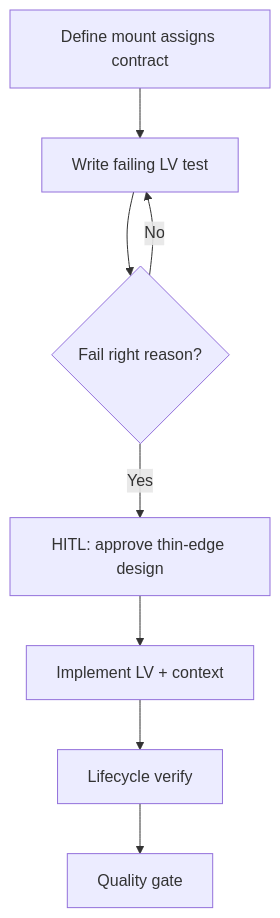
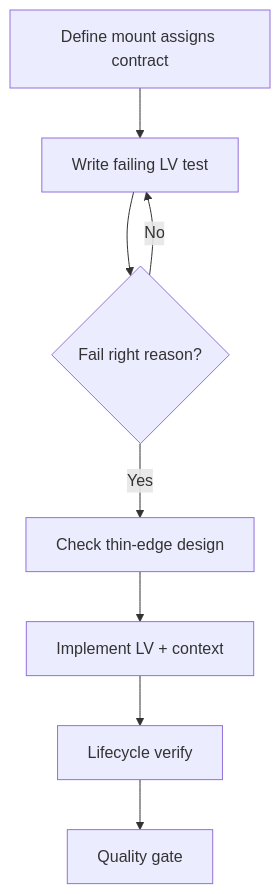
The diagram in skills/liveview/SKILL.md (igmarin/elixir-phoenix-skills), drawn with Mermaid before and after one commit. The commit also changed other lines of this file and 17 other files, not shown here.

````diff
--- a/skills/liveview/SKILL.md
+++ b/skills/liveview/SKILL.md
@@ -50,10 +50,10 @@
 ```mermaid
 flowchart TD
   A[Define mount assigns contract] --> B[Write failing LV test]
   B --> C{Fail right reason?}
   C -->|No| B
-  C -->|Yes| D[HITL: approve thin-edge design]
+  C -->|Yes| D[Check thin-edge design]
   D --> E[Implement LV + context]
   E --> F[Lifecycle verify]
   F --> G[Quality gate]
 ```
````
